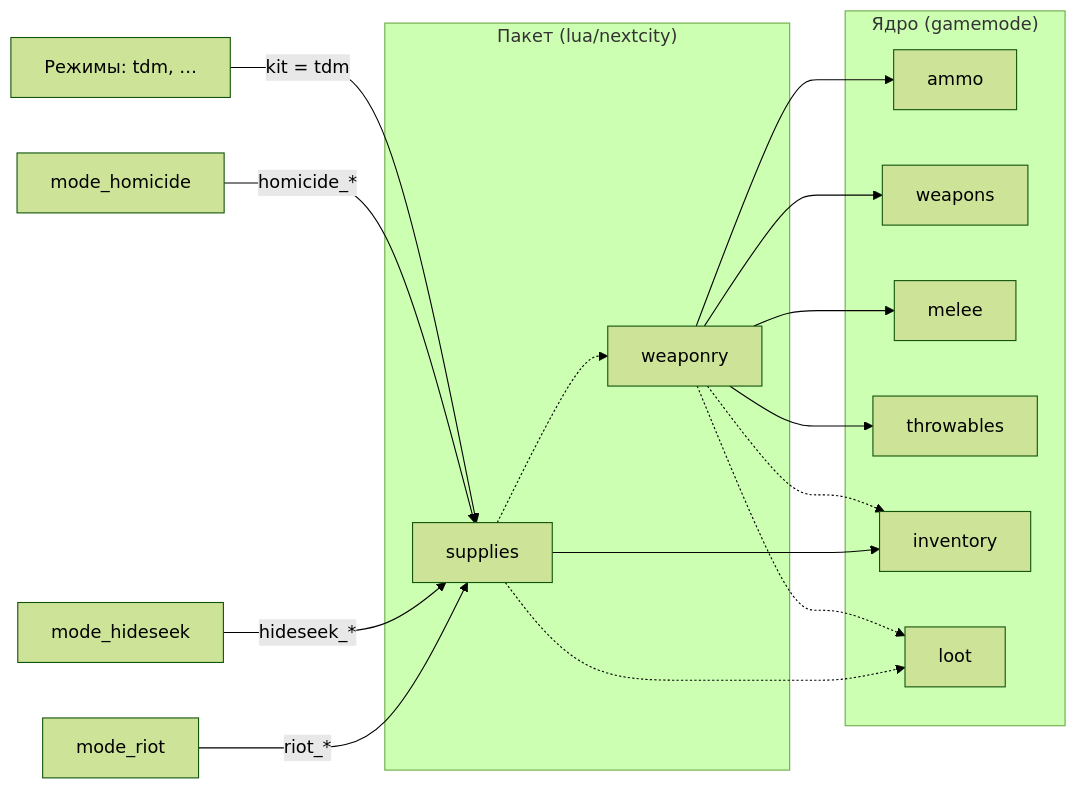
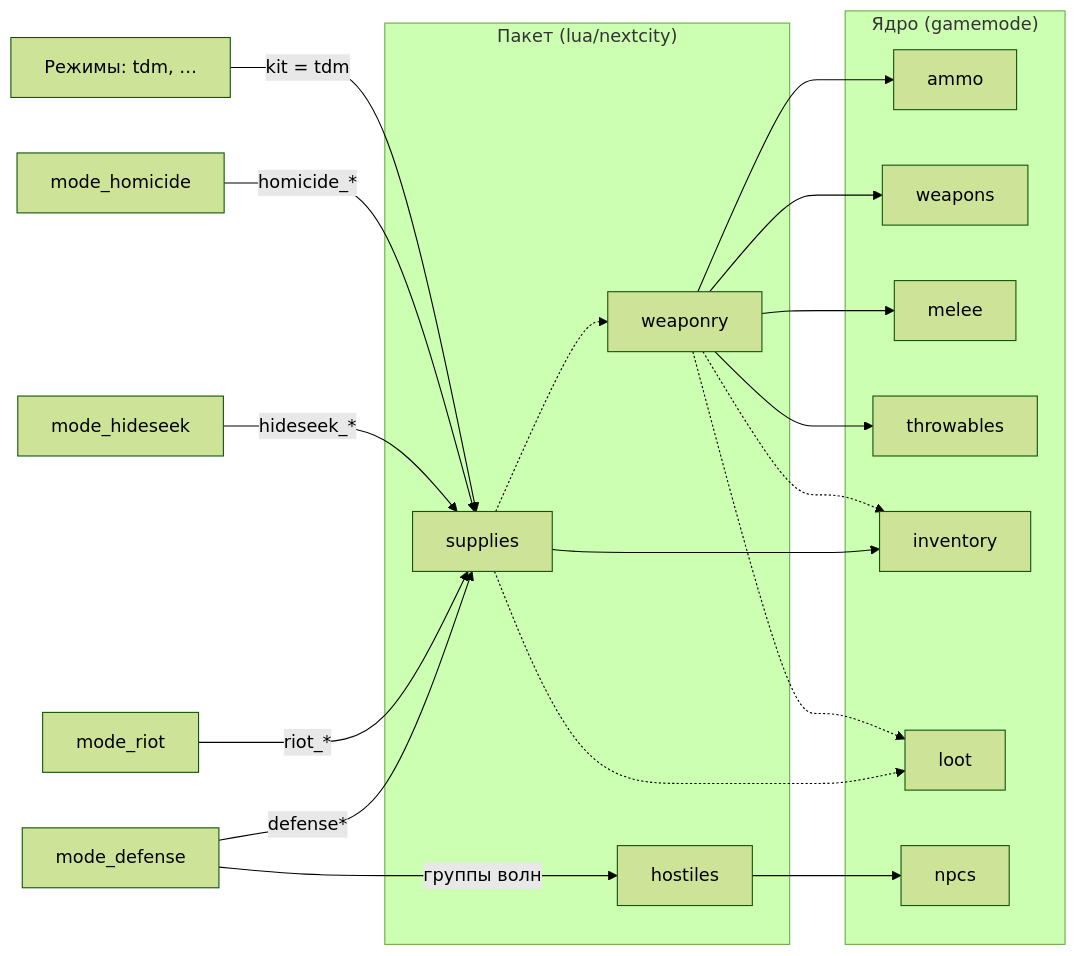
Before and after one commit to vovawees/Next-City: the diagram in lua/nextcity/README.md, drawn with Mermaid (forest theme). The commit also changed other lines of this file and 23 other files, not shown here.

First line of the commit message:
feat(mode_defense): Defense against waves of creatures with pauses between them

````diff
--- a/lua/nextcity/README.md
+++ b/lua/nextcity/README.md
@@ -24,16 +29,19 @@
 ```mermaid
 flowchart LR
 	subgraph core["Ядро (gamemode)"]
-		A[ammo] & W[weapons] & M[melee] & T[throwables] & I[inventory] & L[loot]
+		A[ammo] & W[weapons] & M[melee] & T[throwables] & I[inventory] & L[loot] & N[npcs]
 	end
 	subgraph pack["Пакет (lua/nextcity)"]
 		WY[weaponry] --> A & W & M & T
 		WY -.-> I & L
 		S[supplies] --> I
 		S -.-> L & WY
+		HO[hostiles] --> N
 	end
 	R["Режимы: tdm, …"] -- "kit = tdm" --> S
 	H[mode_homicide] -- "homicide_*" --> S
 	HS[mode_hideseek] -- "hideseek_*" --> S
 	RT[mode_riot] -- "riot_*" --> S
+	D[mode_defense] -- "defense*" --> S
+	D -- "группы волн" --> HO
 ```
````
